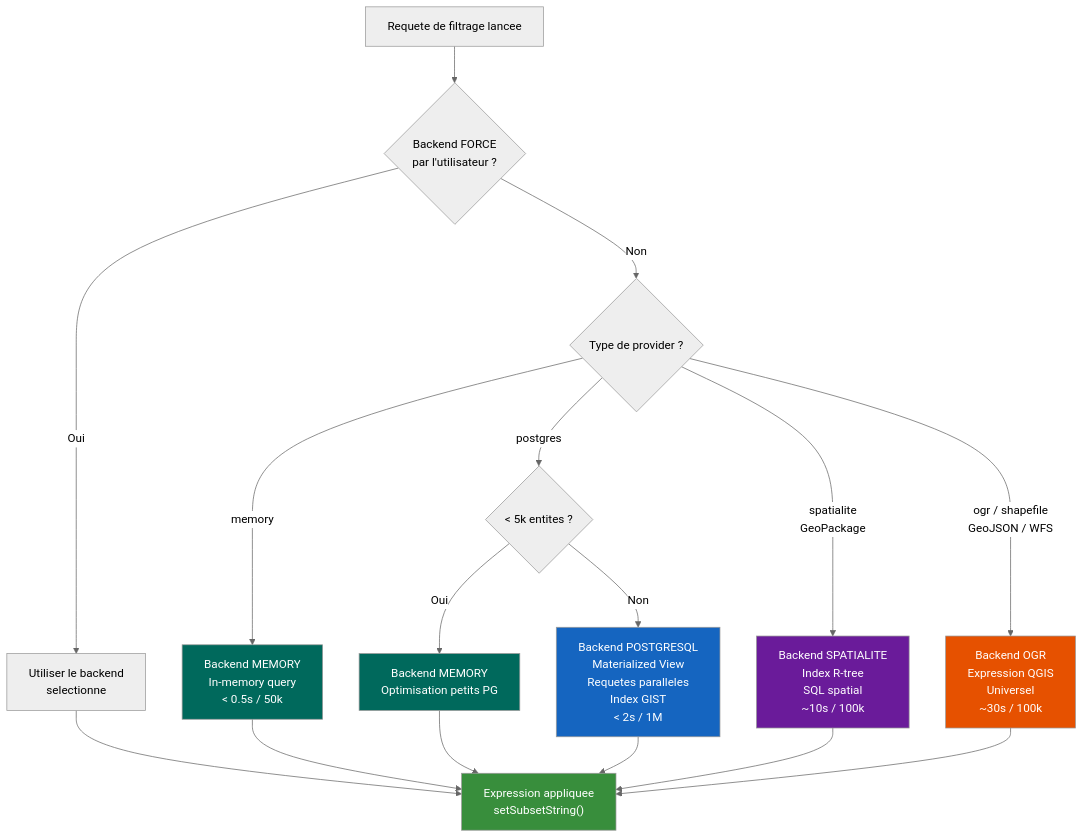
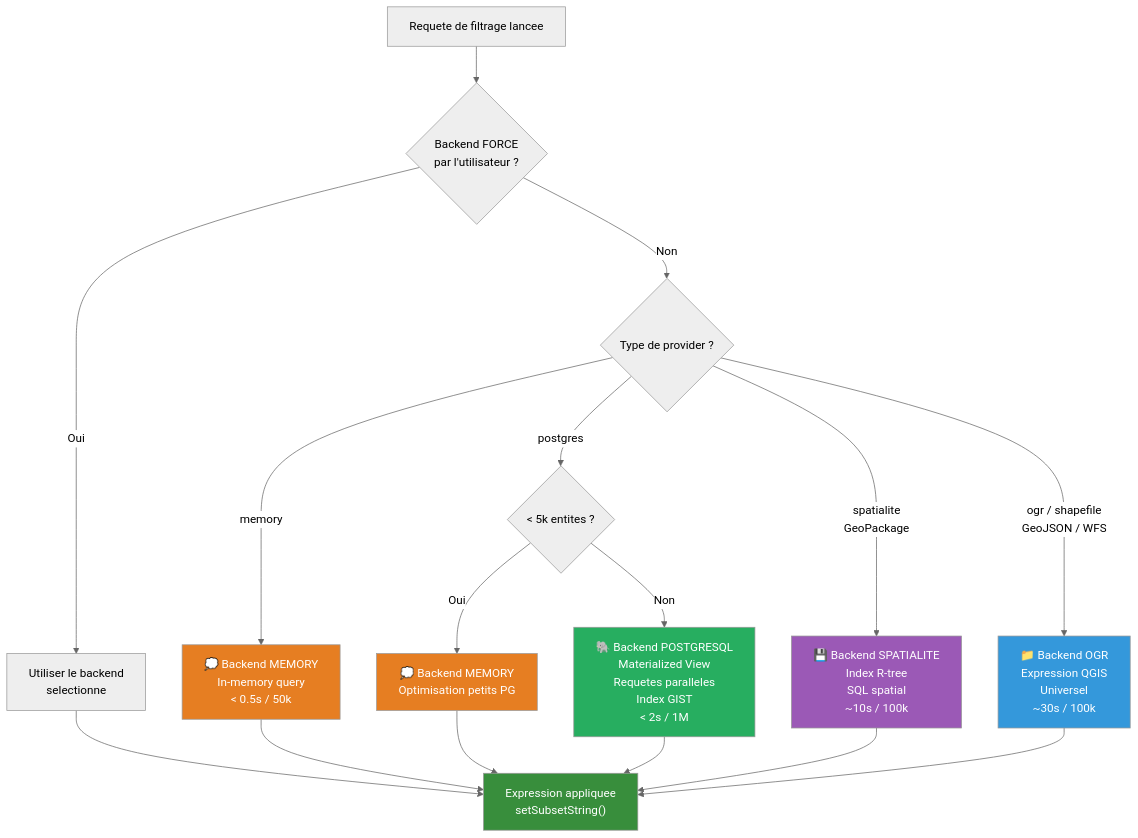
One commit to imagodata/filter_mate changed diagram 13 of 23 in website/TUTORIAL_SERIES_AUDIT.md. Above: the diagram before and after it, drawn with Mermaid (neutral theme). The commit also changed other lines of this file and 10 other files, not shown here.

First line of the commit message:
Add 10 tutorial video scripts with 46 Mermaid diagrams (5997 lines)

````diff
--- a/website/TUTORIAL_SERIES_AUDIT.md
+++ b/website/TUTORIAL_SERIES_AUDIT.md
@@ -634,32 +685,32 @@
 ```mermaid
 flowchart TD
     START["Requete de filtrage lancee"]
 
     START --> Q0{"Backend FORCE<br/>par l'utilisateur ?"}
     Q0 -->|Oui| FORCED["Utiliser le backend<br/>selectionne"]
     Q0 -->|Non| Q1{"Type de provider ?"}
 
-    Q1 -->|"memory"| MEM["Backend MEMORY<br/>In-memory query<br/>< 0.5s / 50k"]
+    Q1 -->|"memory"| MEM["💭 Backend MEMORY<br/>In-memory query<br/>< 0.5s / 50k"]
 
     Q1 -->|"postgres"| Q2{"< 5k entites ?"}
-    Q2 -->|Oui| MEM2["Backend MEMORY<br/>Optimisation petits PG"]
-    Q2 -->|Non| PG["Backend POSTGRESQL<br/>Materialized View<br/>Requetes paralleles<br/>Index GIST<br/>< 2s / 1M"]
+    Q2 -->|Oui| MEM2["💭 Backend MEMORY<br/>Optimisation petits PG"]
+    Q2 -->|Non| PG["🐘 Backend POSTGRESQL<br/>Materialized View<br/>Requetes paralleles<br/>Index GIST<br/>< 2s / 1M"]
 
-    Q1 -->|"spatialite<br/>GeoPackage"| SPAT["Backend SPATIALITE<br/>Index R-tree<br/>SQL spatial<br/>~10s / 100k"]
+    Q1 -->|"spatialite<br/>GeoPackage"| SPAT["💾 Backend SPATIALITE<br/>Index R-tree<br/>SQL spatial<br/>~10s / 100k"]
 
-    Q1 -->|"ogr / shapefile<br/>GeoJSON / WFS"| OGR["Backend OGR<br/>Expression QGIS<br/>Universel<br/>~30s / 100k"]
+    Q1 -->|"ogr / shapefile<br/>GeoJSON / WFS"| OGR["📁 Backend OGR<br/>Expression QGIS<br/>Universel<br/>~30s / 100k"]
 
     FORCED --> RESULT["Expression appliquee<br/>setSubsetString()"]
     MEM --> RESULT
     MEM2 --> RESULT
     PG --> RESULT
     SPAT --> RESULT
     OGR --> RESULT
 
-    style PG fill:#1565C0,color:#fff
-    style SPAT fill:#6A1B9A,color:#fff
-    style OGR fill:#E65100,color:#fff
-    style MEM fill:#00695C,color:#fff
-    style MEM2 fill:#00695C,color:#fff
+    style PG fill:#27ae60,color:#fff
+    style SPAT fill:#9b59b6,color:#fff
+    style OGR fill:#3498db,color:#fff
+    style MEM fill:#e67e22,color:#fff
+    style MEM2 fill:#e67e22,color:#fff
     style RESULT fill:#388E3C,color:#fff
 ```
````
